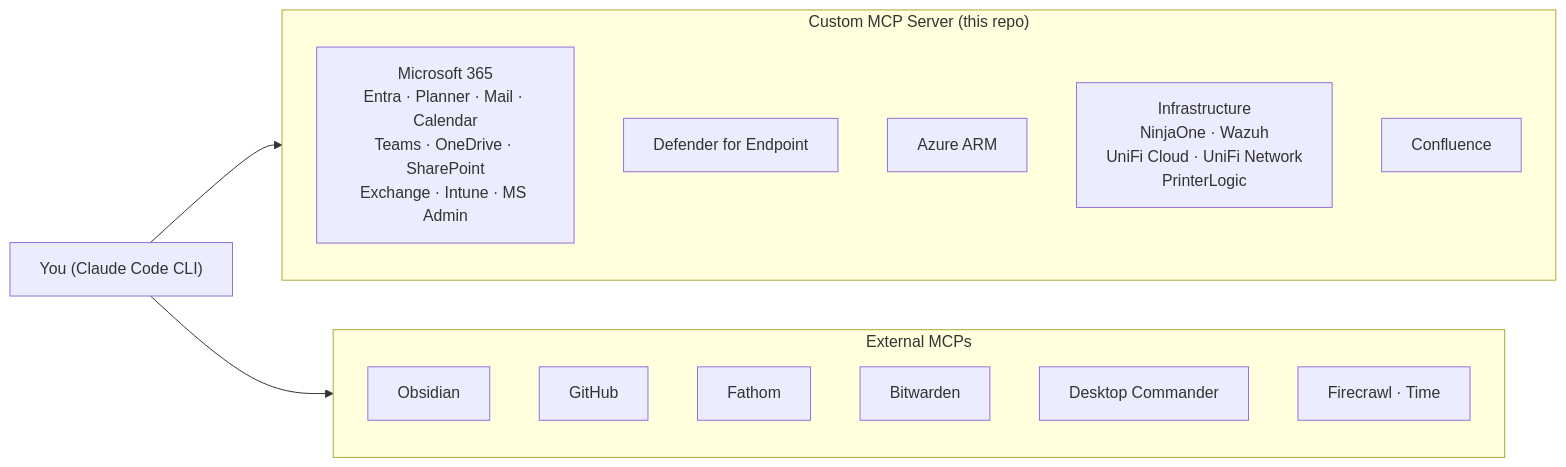
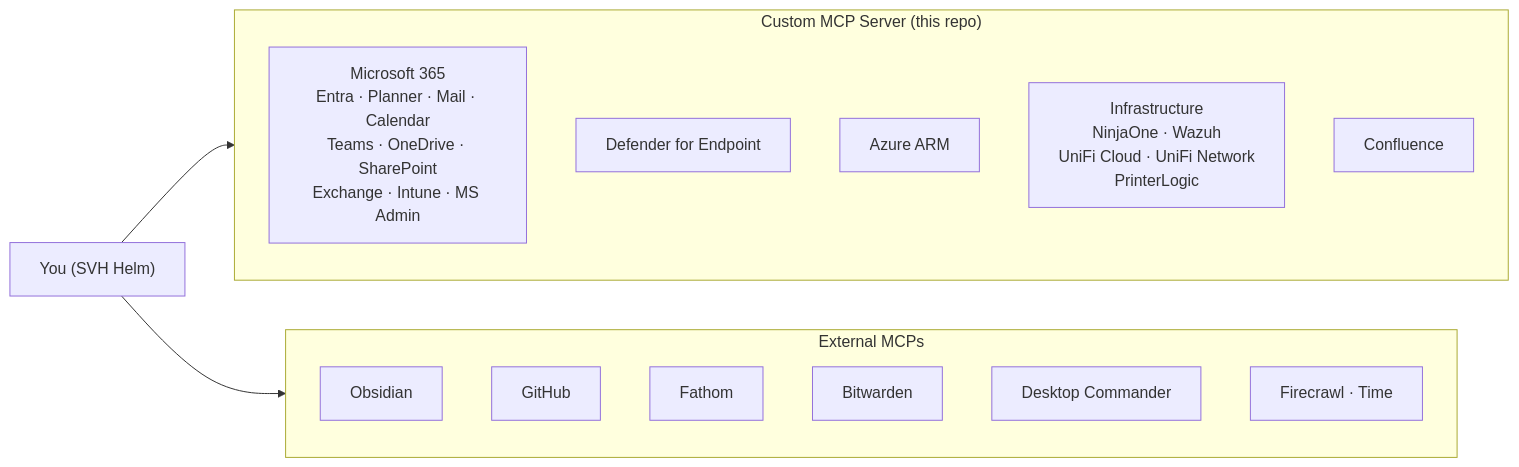
The first of 2 diagrams in README.md (aarvens1/SVH-OpsMan), drawn with Mermaid before and after one commit. The commit also changed other lines of this file and 2 other files, not shown here.

First line of the commit message:
Rebrand SVH OpsMan → SVH Helm

````diff
--- a/README.md
+++ b/README.md
@@ -19,25 +19,25 @@
 ```mermaid
 graph LR
-    You["You (Claude Code CLI)"]
+    You["You (SVH Helm)"]
 
     subgraph Custom["Custom MCP Server (this repo)"]
         direction TB
         MS["Microsoft 365\nEntra · Planner · Mail · Calendar\nTeams · OneDrive · SharePoint\nExchange · Intune · MS Admin"]
         MDE["Defender for Endpoint"]
         AZ["Azure ARM"]
         INFRA["Infrastructure\nNinjaOne · Wazuh\nUniFi Cloud · UniFi Network\nPrinterLogic"]
         CONF["Confluence"]
     end
 
     subgraph External["External MCPs"]
         OBS["Obsidian"]
         GH["GitHub"]
         FATHOM["Fathom"]
         BW["Bitwarden"]
         DC["Desktop Commander"]
         OTHER["Firecrawl · Time"]
     end
 
     You --> Custom
     You --> External
 ```
````
